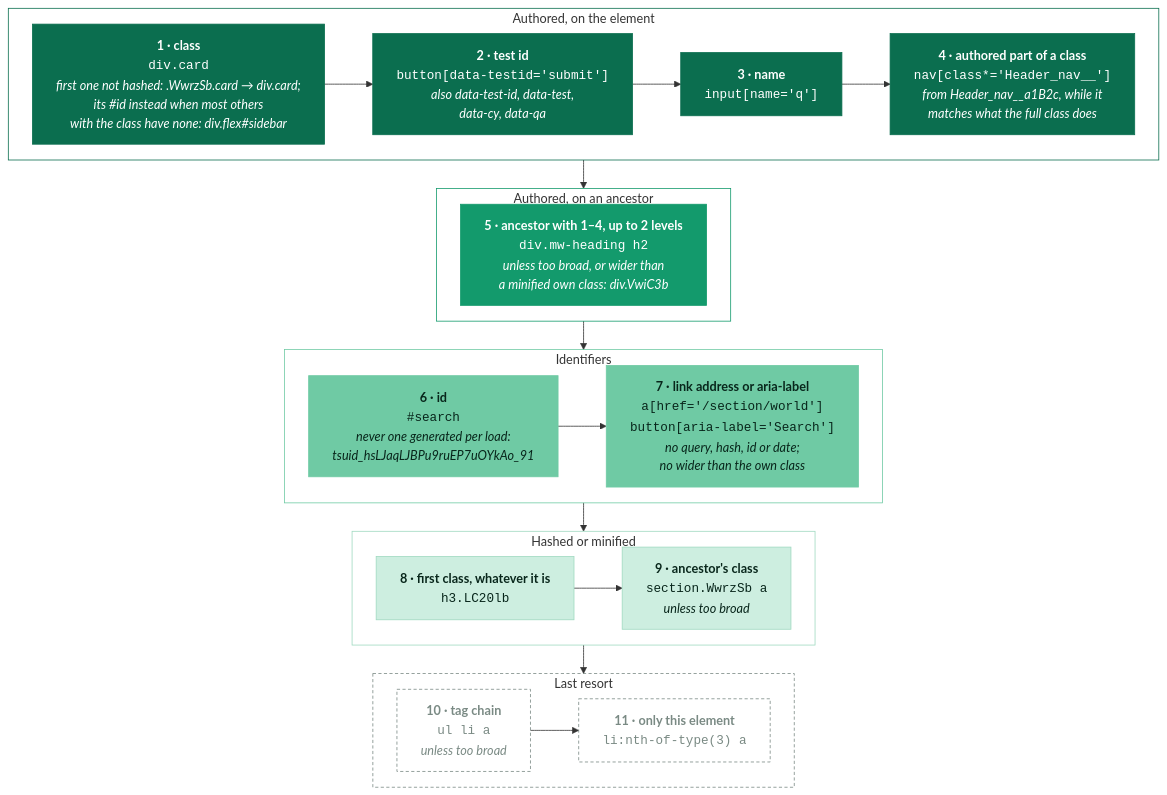
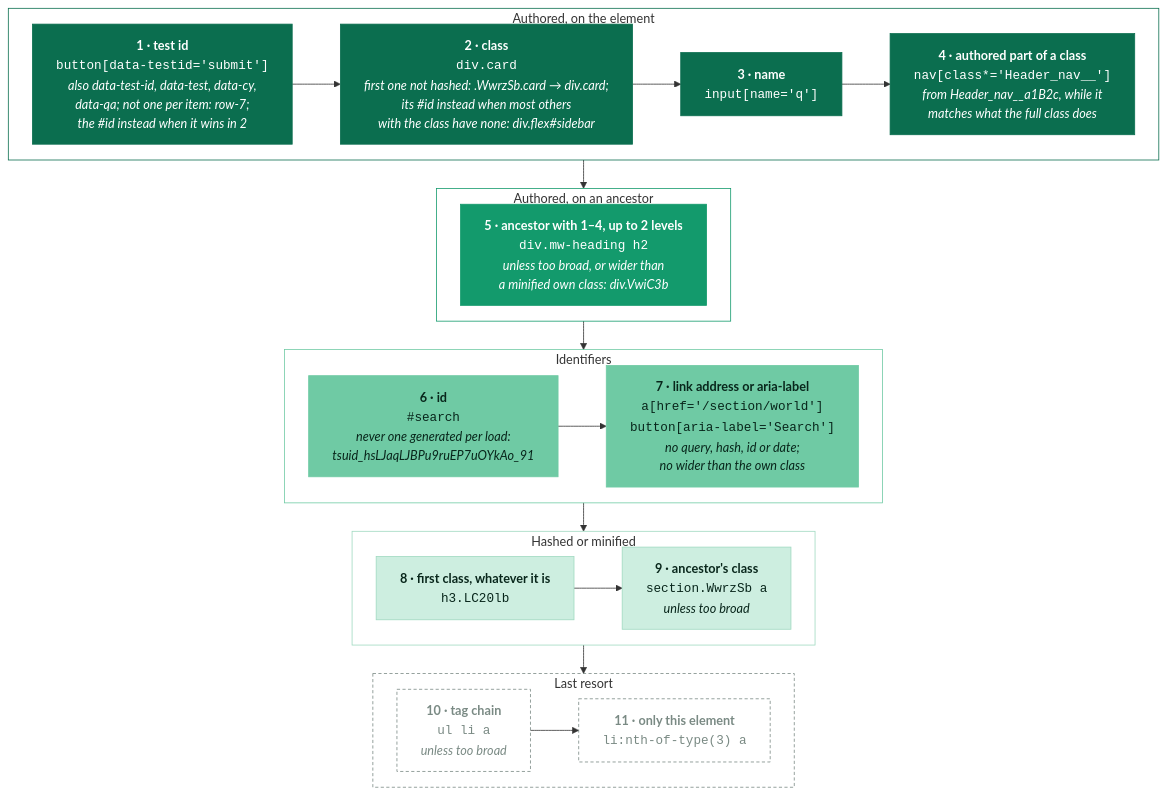
One commit to ankit/stylebot changed the diagram in docs/selectors.md. Above: the diagram before and after it, drawn with Mermaid. The commit also changed 2 other files, not shown here.

Commit message:
fix(selectors): rank a shared test id above the element's own class (#1289)

````diff
--- a/docs/selectors.md
+++ b/docs/selectors.md
@@ -14,51 +14,51 @@
 ```mermaid
 %%{init: {"flowchart": {"curve": "basis", "nodeSpacing": 20, "rankSpacing": 36, "wrappingWidth": 320}, "themeCSS": "g.node code { font-family: ui-monospace, SFMono-Regular, Menlo, monospace; font-size: 12px; padding: 1px 6px; border-radius: 4px; white-space: nowrap; } g.t1 code, g.t2 code { background: rgba(255,255,255,0.16); } g.t3 code, g.t4 code { background: rgba(8,38,27,0.10); } g.t5 code { background: rgba(122,138,132,0.14); } g.node i { font-size: 11px; opacity: 0.85; }"}}%%
 flowchart TB
     subgraph authored["Authored, on the element"]
         direction LR
-        S1["<b>1 · class</b><br/><code>div.card</code><br/><i>first one not hashed: .WwrzSb.card → div.card;<br/>its #id instead when most others<br/>with the class have none: div.flex#sidebar</i>"]
-        S2["<b>2 · test id</b><br/><code>button[data-testid='submit']</code><br/><i>also data-test-id, data-test,<br/>data-cy, data-qa</i>"]
+        S1["<b>1 · test id</b><br/><code>button[data-testid='submit']</code><br/><i>also data-test-id, data-test, data-cy,<br/>data-qa; not one per item: row-7;<br/>the #id instead when it wins in 2</i>"]
+        S2["<b>2 · class</b><br/><code>div.card</code><br/><i>first one not hashed: .WwrzSb.card → div.card;<br/>its #id instead when most others<br/>with the class have none: div.flex#sidebar</i>"]
         S3["<b>3 · name</b><br/><code>input[name='q']</code>"]
         S4["<b>4 · authored part of a class</b><br/><code>nav[class*='Header_nav__']</code><br/><i>from Header_nav__a1B2c, while it<br/>matches what the full class does</i>"]
         S1 --> S2 --> S3 --> S4
     end
     subgraph scoped["Authored, on an ancestor"]
         direction LR
         S5["<b>5 · ancestor with 1–4, up to 2 levels</b><br/><code>div.mw-heading h2</code><br/><i>unless too broad, or wider than<br/>a minified own class: div.VwiC3b</i>"]
     end
     subgraph ids["Identifiers"]
         direction LR
         S6["<b>6 · id</b><br/><code>#search</code><br/><i>never one generated per load:<br/>tsuid_hsLJaqLJBPu9ruEP7uOYkAo_91</i>"]
         S7["<b>7 · link address or aria-label</b><br/><code>a[href='/section/world']</code><br/><code>button[aria-label='Search']</code><br/><i>no query, hash, id or date;<br/>no wider than the own class</i>"]
         S6 --> S7
     end
     subgraph hashed["Hashed or minified"]
         direction LR
         S8["<b>8 · first class, whatever it is</b><br/><code>h3.LC20lb</code>"]
         S9["<b>9 · ancestor's class</b><br/><code>section.WwrzSb a</code><br/><i>unless too broad</i>"]
         S8 --> S9
     end
     subgraph last["Last resort"]
         direction LR
         S10["<b>10 · tag chain</b><br/><code>ul li a</code><br/><i>unless too broad</i>"]
         S11["<b>11 · only this element</b><br/><code>li:nth-of-type(3) a</code>"]
         S10 --> S11
     end
     authored --> scoped --> ids --> hashed --> last
 
     classDef t1 fill:#0b6e4f,stroke:#0b6e4f,color:#ffffff
     classDef t2 fill:#139a6c,stroke:#139a6c,color:#ffffff
     classDef t3 fill:#6fcaa4,stroke:#6fcaa4,color:#08261b
     classDef t4 fill:#cdeee0,stroke:#9fd9c0,color:#08261b
     classDef t5 fill:transparent,stroke:#7a8a84,stroke-dasharray:4 3,color:#7a8a84
     class S1,S2,S3,S4 t1
     class S5 t2
     class S6,S7 t3
     class S8,S9 t4
     class S10,S11 t5
     style authored fill:transparent,stroke:#0b6e4f,stroke-width:1px
     style scoped fill:transparent,stroke:#139a6c,stroke-width:1px
     style ids fill:transparent,stroke:#6fcaa4,stroke-width:1px
     style hashed fill:transparent,stroke:#9fd9c0,stroke-width:1px
     style last fill:transparent,stroke:#7a8a84,stroke-width:1px,stroke-dasharray:4 3
 ```
````
